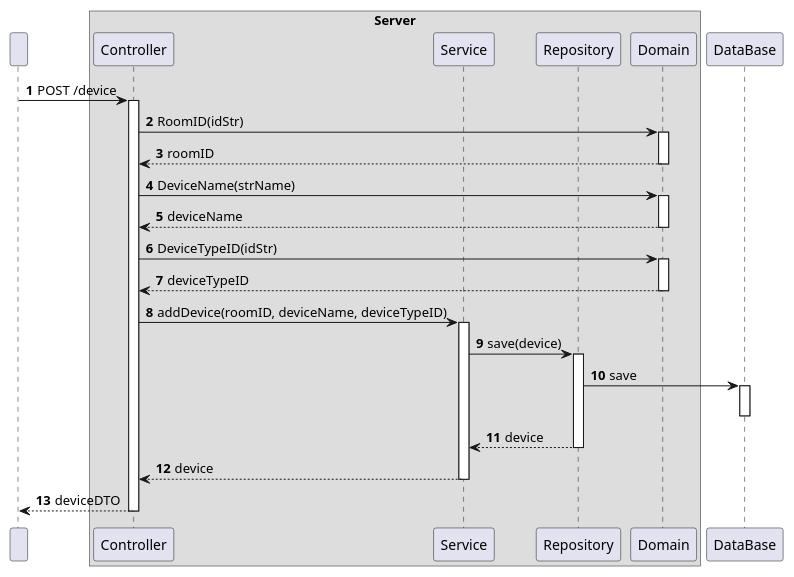
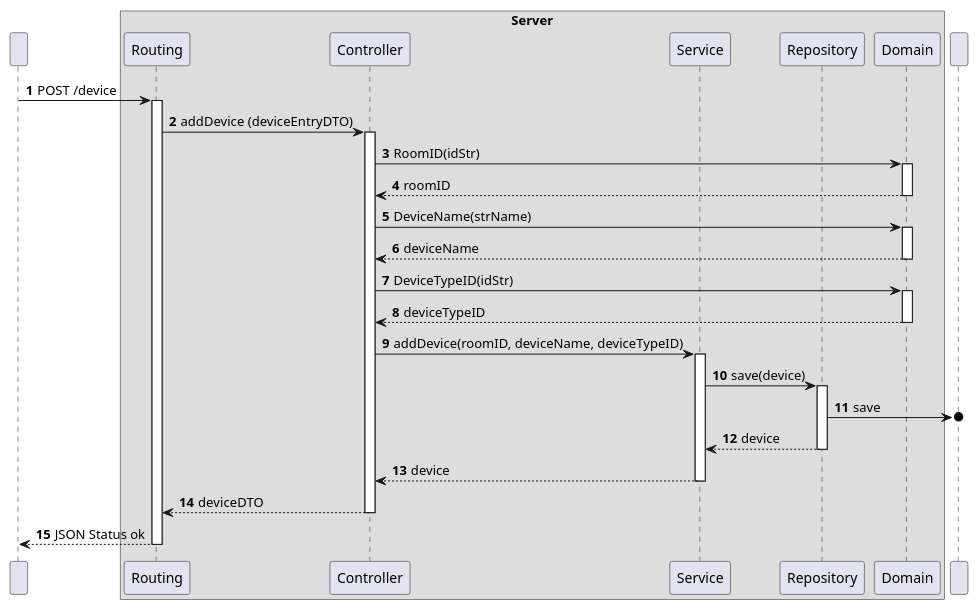
The diagram in docs/ooa/C4_4plus1_models/Level3/ProcessView/ProcessViewLevel3_UC05.puml (olivDiogo/SmartHome), drawn with PlantUML before and after one commit.

Commit message:
#518. Update process view level 3 for UC05.

```diff
--- a/docs/ooa/C4_4plus1_models/Level3/ProcessView/ProcessViewLevel3_UC05.puml
+++ b/docs/ooa/C4_4plus1_models/Level3/ProcessView/ProcessViewLevel3_UC05.puml
@@ -1,54 +1,60 @@
 @startuml
 'https://plantuml.com/sequence-diagram
 !pragma layout smetana
 
 autonumber
 
 participant " " as HTTP
 
 box "Server"
+participant "Routing" as ROUT
     participant "Controller" as CTRL
     participant "Service" as SV
     participant "Repository" as REPO
     participant "Domain" as DOM
+end box
+participant " " as BD
 
-end box
-participant "DataBase" as BD
+HTTP -> ROUT : POST /device
+activate ROUT
 
-HTTP -> CTRL : POST /device
+ROUT -> CTRL : addDevice (deviceEntryDTO)
 activate CTRL
 
 CTRL -> DOM : RoomID(idStr)
 activate DOM
 DOM --> CTRL : roomID
 deactivate DOM
 
 CTRL -> DOM : DeviceName(strName)
 activate DOM
 DOM --> CTRL : deviceName
 deactivate DOM
 
 CTRL -> DOM : DeviceTypeID(idStr)
 activate DOM
 DOM --> CTRL : deviceTypeID
 deactivate DOM
 
 CTRL -> SV : addDevice(roomID, deviceName, deviceTypeID)
 activate SV
 
 SV -> REPO : save(device)
 activate REPO
-REPO -> BD : save
-activate BD
-deactivate BD
+REPO ->o BD : save
+
+
 REPO --> SV : device
 deactivate REPO
 
 SV --> CTRL : device
 deactivate SV
 
-CTRL --> HTTP : deviceDTO
+CTRL --> ROUT : deviceDTO
 deactivate CTRL
+
+ROUT --> HTTP : JSON Status ok
+deactivate ROUT
 
 
 @enduml
```
